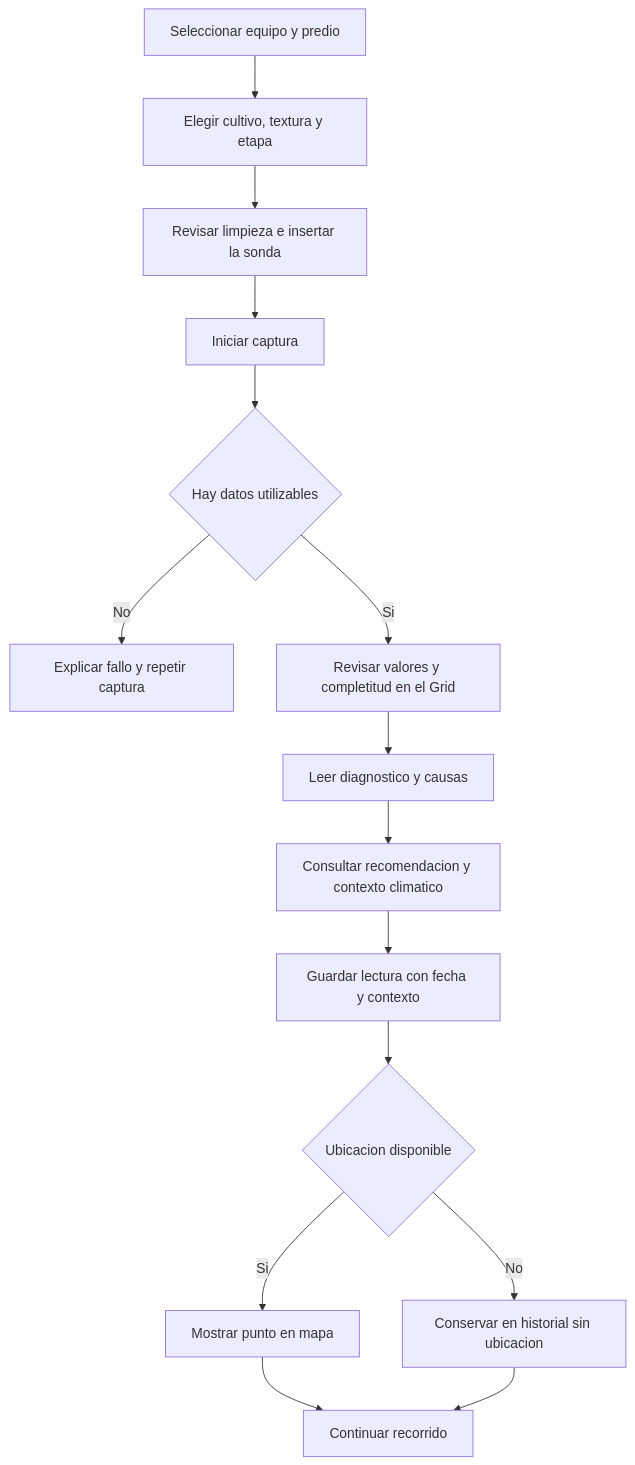
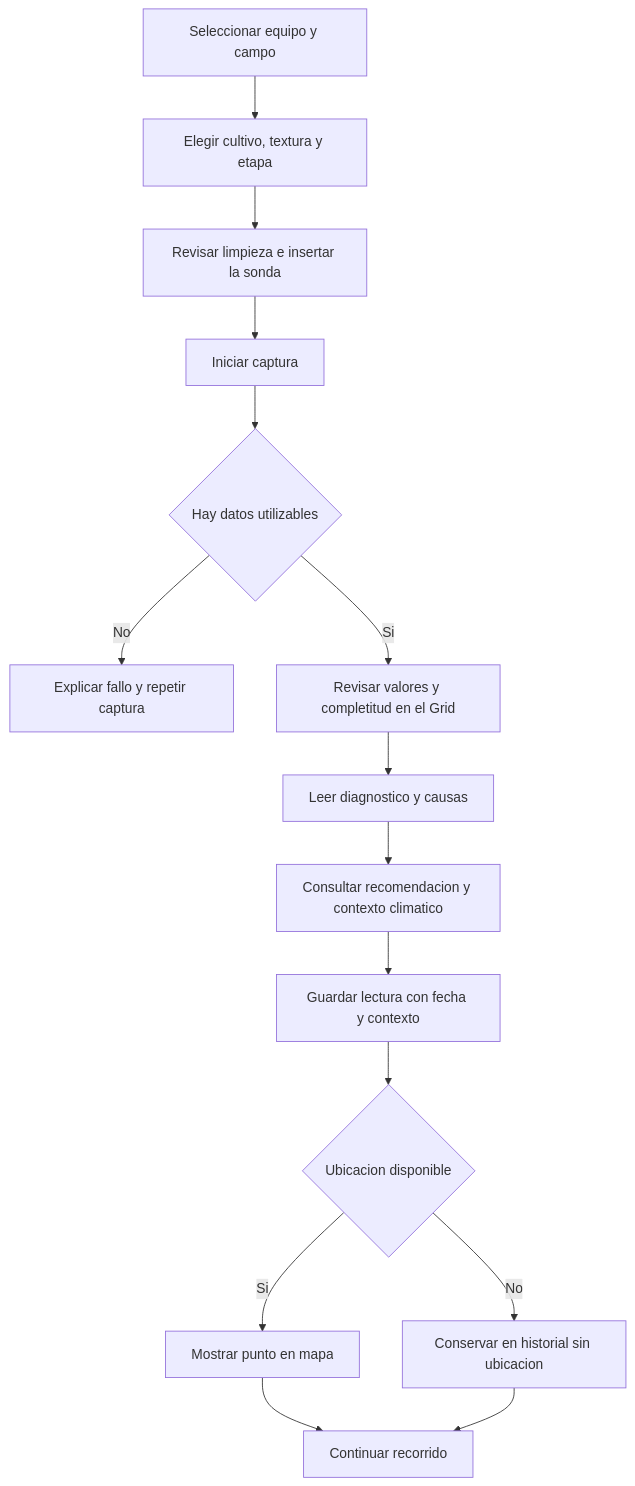
Before and after one commit to Alvarinhoooo7/TerraSence: the seventh of 11 diagrams in docs/INFORME 1 .docx.md, drawn with Mermaid. The commit also changed other lines of this file and 9 other files, not shown here.

````diff
--- a/docs/INFORME 1 .docx.md
+++ b/docs/INFORME 1 .docx.md
@@ -1142,17 +1182,17 @@
 ```mermaid
 flowchart TD
-    A[Seleccionar equipo y predio] --> B[Elegir cultivo, textura y etapa]
+    A[Seleccionar equipo y campo] --> B[Elegir cultivo, textura y etapa]
     B --> C[Revisar limpieza e insertar la sonda]
     C --> D[Iniciar captura]
     D --> E{Hay datos utilizables}
     E -->|No| F[Explicar fallo y repetir captura]
     E -->|Si| G[Revisar valores y completitud en el Grid]
     G --> H[Leer diagnostico y causas]
     H --> I[Consultar recomendacion y contexto climatico]
     I --> J[Guardar lectura con fecha y contexto]
     J --> K{Ubicacion disponible}
     K -->|Si| L[Mostrar punto en mapa]
     K -->|No| M[Conservar en historial sin ubicacion]
     L --> N[Continuar recorrido]
     M --> N
 ```
````
